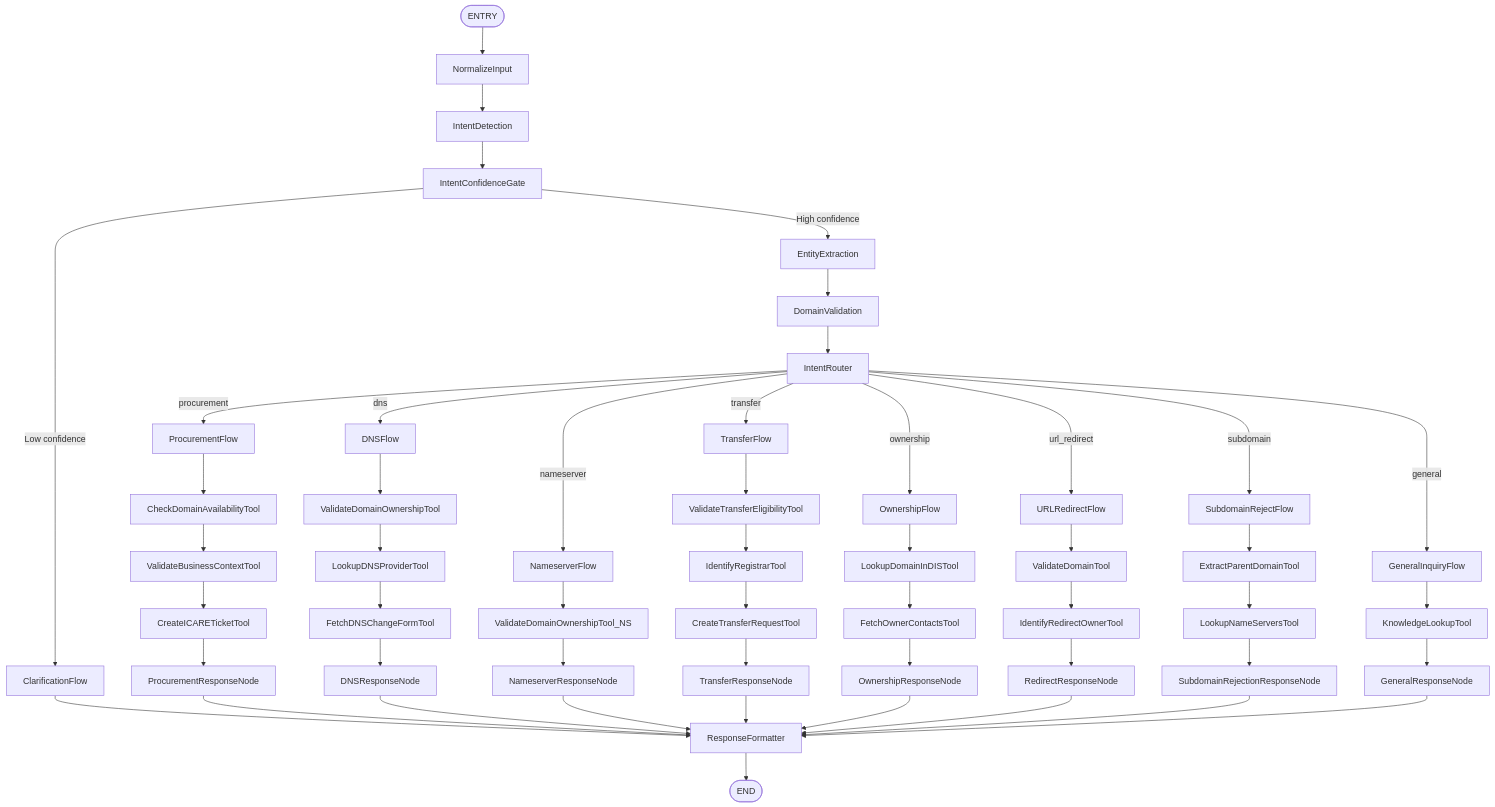
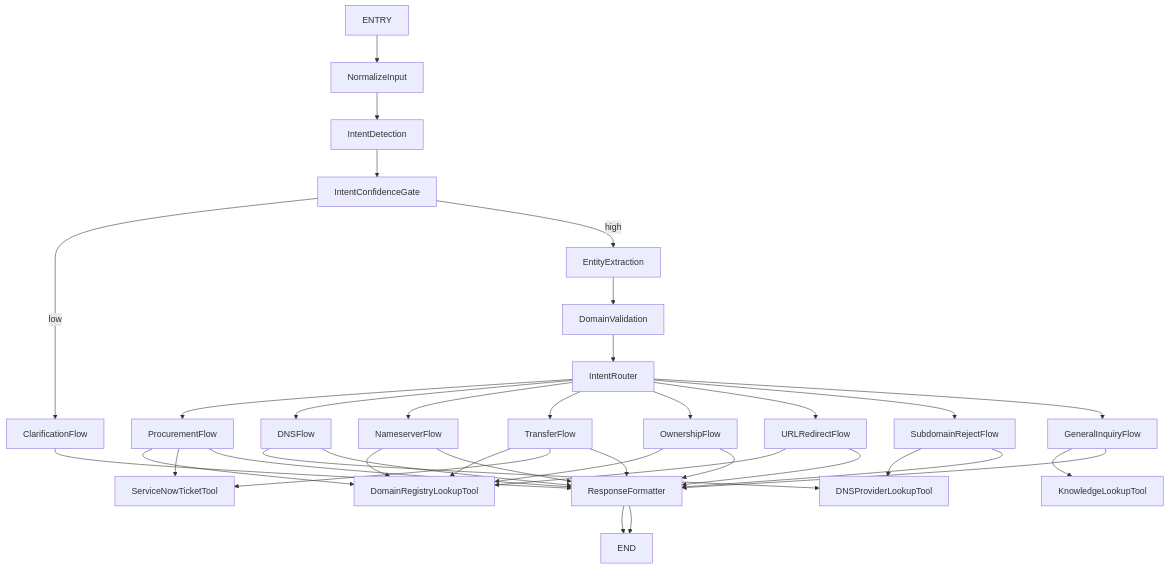
Before and after one commit to ShreyasGandhi0607/LangGraph: the diagram in hello.mermaid, drawn with Mermaid.

```diff
--- a/hello.mermaid
+++ b/hello.mermaid
@@ -1,76 +1,47 @@
 flowchart TD
-    ENTRY([ENTRY])
-
     ENTRY --> NormalizeInput
     NormalizeInput --> IntentDetection
     IntentDetection --> IntentConfidenceGate
 
-    IntentConfidenceGate -->|Low confidence| ClarificationFlow
-    ClarificationFlow --> ResponseFormatter
+    IntentConfidenceGate -->|low| ClarificationFlow --> ResponseFormatter --> END
+    IntentConfidenceGate -->|high| EntityExtraction
 
-    IntentConfidenceGate -->|High confidence| EntityExtraction
     EntityExtraction --> DomainValidation
     DomainValidation --> IntentRouter
 
-    %% Intent router branches
-    IntentRouter -->|procurement| ProcurementFlow
-    IntentRouter -->|dns| DNSFlow
-    IntentRouter -->|nameserver| NameserverFlow
-    IntentRouter -->|transfer| TransferFlow
-    IntentRouter -->|ownership| OwnershipFlow
-    IntentRouter -->|url_redirect| URLRedirectFlow
-    IntentRouter -->|subdomain| SubdomainRejectFlow
-    IntentRouter -->|general| GeneralInquiryFlow
+    IntentRouter --> ProcurementFlow
+    IntentRouter --> DNSFlow
+    IntentRouter --> NameserverFlow
+    IntentRouter --> TransferFlow
+    IntentRouter --> OwnershipFlow
+    IntentRouter --> URLRedirectFlow
+    IntentRouter --> SubdomainRejectFlow
+    IntentRouter --> GeneralInquiryFlow
 
-    %% Procurement
-    ProcurementFlow --> CheckDomainAvailabilityTool
-    CheckDomainAvailabilityTool --> ValidateBusinessContextTool
-    ValidateBusinessContextTool --> CreateICARETicketTool
-    CreateICARETicketTool --> ProcurementResponseNode
+    ProcurementFlow --> DomainRegistryLookupTool
+    ProcurementFlow --> ServiceNowTicketTool
+    ProcurementFlow --> ResponseFormatter
 
-    %% DNS
-    DNSFlow --> ValidateDomainOwnershipTool
-    ValidateDomainOwnershipTool --> LookupDNSProviderTool
-    LookupDNSProviderTool --> FetchDNSChangeFormTool
-    FetchDNSChangeFormTool --> DNSResponseNode
+    DNSFlow --> DNSProviderLookupTool
+    DNSFlow --> ResponseFormatter
 
-    %% Nameserver
-    NameserverFlow --> ValidateDomainOwnershipTool_NS
-    ValidateDomainOwnershipTool_NS --> NameserverResponseNode
+    NameserverFlow --> DomainRegistryLookupTool
+    NameserverFlow --> ResponseFormatter
 
-    %% Transfer
-    TransferFlow --> ValidateTransferEligibilityTool
-    ValidateTransferEligibilityTool --> IdentifyRegistrarTool
-    IdentifyRegistrarTool --> CreateTransferRequestTool
-    CreateTransferRequestTool --> TransferResponseNode
+    TransferFlow --> DomainRegistryLookupTool
+    TransferFlow --> ServiceNowTicketTool
+    TransferFlow --> ResponseFormatter
 
-    %% Ownership
-    OwnershipFlow --> LookupDomainInDISTool
-    LookupDomainInDISTool --> FetchOwnerContactsTool
-    FetchOwnerContactsTool --> OwnershipResponseNode
+    OwnershipFlow --> DomainRegistryLookupTool
+    OwnershipFlow --> ResponseFormatter
 
-    %% URL Redirect
-    URLRedirectFlow --> ValidateDomainTool
-    ValidateDomainTool --> IdentifyRedirectOwnerTool
-    IdentifyRedirectOwnerTool --> RedirectResponseNode
+    URLRedirectFlow --> DomainRegistryLookupTool
+    URLRedirectFlow --> ResponseFormatter
 
-    %% Subdomain reject
-    SubdomainRejectFlow --> ExtractParentDomainTool
-    ExtractParentDomainTool --> LookupNameServersTool
-    LookupNameServersTool --> SubdomainRejectionResponseNode
+    SubdomainRejectFlow --> DNSProviderLookupTool
+    SubdomainRejectFlow --> ResponseFormatter
 
-    %% General
     GeneralInquiryFlow --> KnowledgeLookupTool
-    KnowledgeLookupTool --> GeneralResponseNode
+    GeneralInquiryFlow --> ResponseFormatter
 
-    %% End
-    ProcurementResponseNode --> ResponseFormatter
-    DNSResponseNode --> ResponseFormatter
-    NameserverResponseNode --> ResponseFormatter
-    TransferResponseNode --> ResponseFormatter
-    OwnershipResponseNode --> ResponseFormatter
-    RedirectResponseNode --> ResponseFormatter
-    SubdomainRejectionResponseNode --> ResponseFormatter
-    GeneralResponseNode --> ResponseFormatter
-
-    ResponseFormatter --> END([END])
+    ResponseFormatter --> END
```
